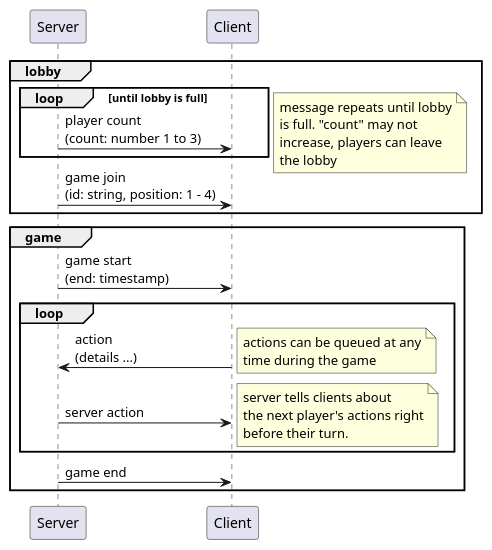
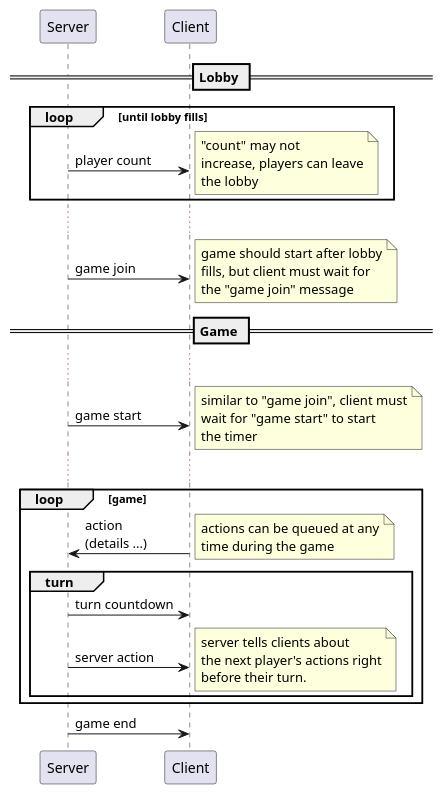
One commit to SidneyNemzer/helium-3 changed the diagram in docs/protocol.md. Above: the diagram before and after it, drawn with PlantUML.

````diff
--- a/docs/protocol.md
+++ b/docs/protocol.md
@@ -84,41 +84,60 @@
 ```plantuml
 @startuml
-group lobby
-  loop until lobby is full
-    Server -> Client : player count\n(count: number 1 to 3)
-  end
+== Lobby ==
 
+loop until lobby fills
+  Server -> Client : player count
   note right
-    message repeats until lobby
-    is full. "count" may not
+    "count" may not
     increase, players can leave
     the lobby
   end note
-
-  Server -> Client : game join\n(id: string, position: 1 - 4)
 end
 
-group game
-  Server -> Client : game start\n(end: timestamp)
+...
 
-  loop
-    Client -> Server : action\n(details ...)
+Server -> Client : game join
+note right
+  game should start after lobby
+  fills, but client must wait for
+  the "game join" message
+end note
 
-    note right
-      actions can be queued at any
-      time during the game
-    end note
+== Game ==
+
+...
+
+Server -> Client : game start
+note right
+  similar to "game join", client must
+  wait for "game start" to start
+  the timer
+end note
+
+...
+
+loop game
+  Client -> Server : action\n(details ...)
+
+  note right
+    actions can be queued at any
+    time during the game
+  end note
+
+  group turn
+    Server -> Client : turn countdown
 
     Server -> Client : server action
 
     note right
       server tells clients about
       the next player's actions right
       before their turn.
     end note
   end
+end
 
-  Server -> Client : game end
-end
+Server -> Client : game end
+
 @enduml
 ```
````
